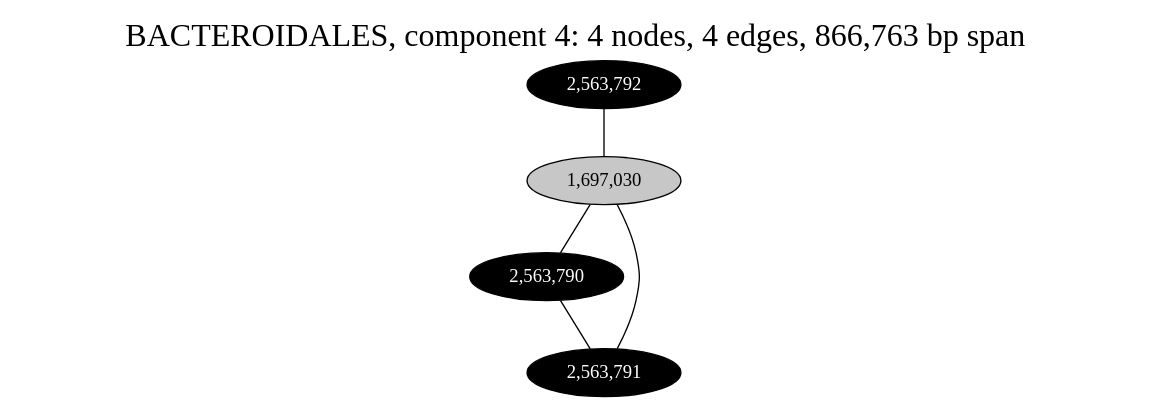
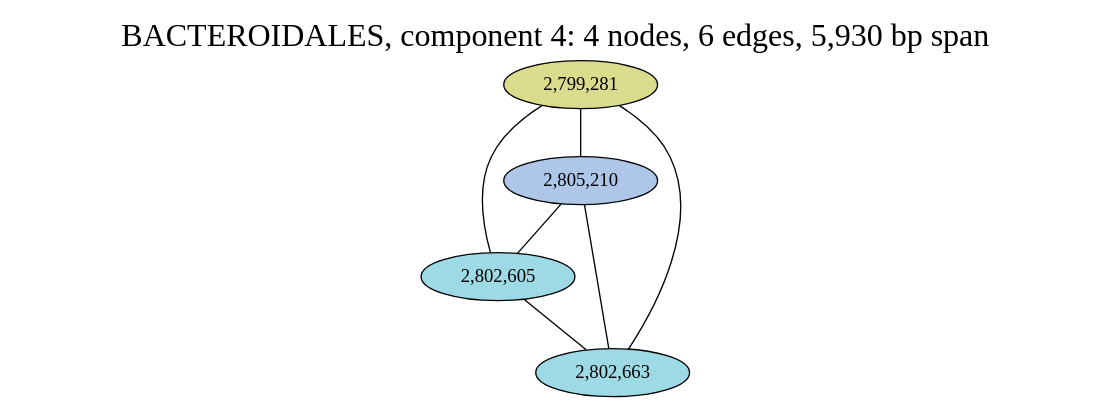
One commit to fedarko/sheepgut changed the diagram in notebooks/graphs/BACTEROIDALES_cc4.gv. Above: the diagram before and after it, drawn with Graphviz. The commit also changed 52 other files, not shown here.

```diff
--- a/notebooks/graphs/BACTEROIDALES_cc4.gv
+++ b/notebooks/graphs/BACTEROIDALES_cc4.gv
@@ -1,15 +1,17 @@
 graph BACTEROIDALES_cc4 {
 	overlap="prism50";
 	outputorder="edgesfirst";
-	label="BACTEROIDALES, component 4: 4 nodes, 4 edges, 866,763 bp span";
+	label="BACTEROIDALES, component 4: 4 nodes, 6 edges, 5,930 bp span";
 	labelloc="t";
 	fontsize=24;
-	"2,563,792" [style="filled", fillcolor="#000000", fontcolor="#ffffff"];
-	"1,697,030" [style="filled", fillcolor="#c7c7c7", fontcolor="#000000"];
-	"2,563,790" [style="filled", fillcolor="#000000", fontcolor="#ffffff"];
-	"2,563,791" [style="filled", fillcolor="#000000", fontcolor="#ffffff"];
-	"2,563,792" -- "1,697,030";
-	"1,697,030" -- "2,563,790";
-	"1,697,030" -- "2,563,791";
-	"2,563,790" -- "2,563,791";
+	"2,799,281" [style="filled", fillcolor="#dbdb8d", fontcolor="#000000"];
+	"2,805,210" [style="filled", fillcolor="#aec7e8", fontcolor="#000000"];
+	"2,802,605" [style="filled", fillcolor="#9edae5", fontcolor="#000000"];
+	"2,802,663" [style="filled", fillcolor="#9edae5", fontcolor="#000000"];
+	"2,799,281" -- "2,802,605";
+	"2,799,281" -- "2,802,663";
+	"2,799,281" -- "2,805,210";
+	"2,805,210" -- "2,802,605";
+	"2,805,210" -- "2,802,663";
+	"2,802,605" -- "2,802,663";
 }
```
